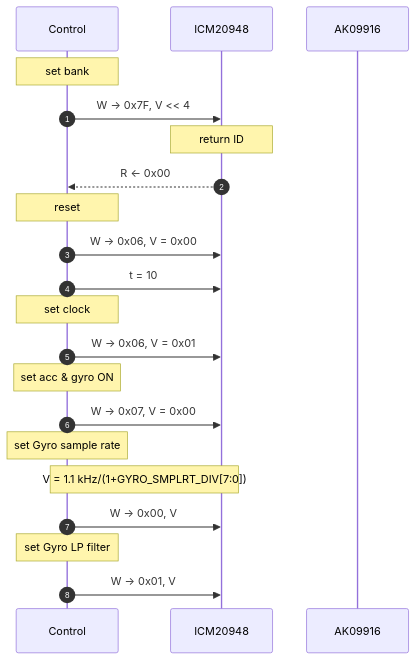
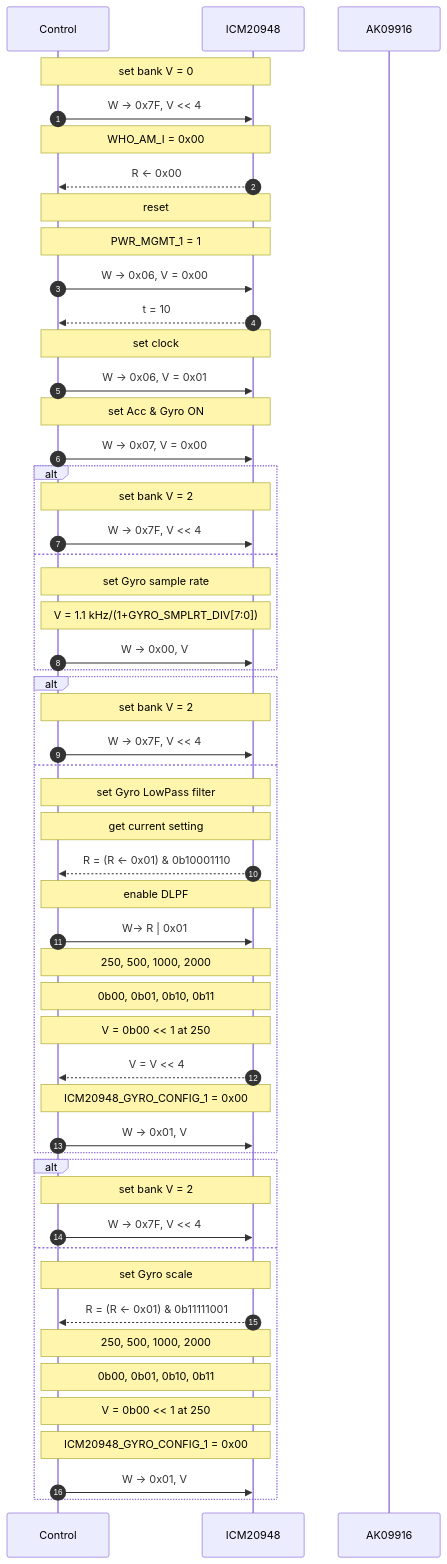
The diagram in _posts/2025-04-06-mdchart.md (hkdickyko/hkdickyko.github.io), drawn with Mermaid before and after one commit.

```diff
--- a/_posts/2025-04-06-mdchart.md
+++ b/_posts/2025-04-06-mdchart.md
@@ -52,23 +52,55 @@
 <div class="mermaid">
 sequenceDiagram;
    autonumber;
    participant C as Control; 
    participant I as ICM20948;
    participant A as AK09916;
-   note over C: set bank;
+   note over C,I: set bank V = 0;
    C->>I: W -> 0x7F, V << 4;
-   note over I: return ID;
+   note over C,I: WHO_AM_I = 0x00;
    I-->>C: R <- 0x00;
-   note over C: reset;
+   note over C,I: reset;
+   note over C,I: PWR_MGMT_1 = 1
    C->>I: W -> 0x06, V = 0x00;
-   C->>I: t = 10;
-   note over C: set clock;
+   I-->>C: t = 10;
+   note over C,I: set clock;
    C->>I: W -> 0x06, V = 0x01;
-   note over C: set acc & gyro ON;
+   note over C, I: set Acc & Gyro ON;
    C->>I: W -> 0x07, V = 0x00;
-   note over C: set Gyro sample rate;
+   alt;
+   note over C,I:set bank V = 2;
+   C->>I: W -> 0x7F, V << 4;   
+   else;
+   note over C, I: set Gyro sample rate   
    note over C, I: V = 1.1 kHz/(1+GYRO_SMPLRT_DIV[7:0]);
    C->>I: W -> 0x00, V;
-   note over C: set Gyro LP filter;
+   end;
+   alt;
+   note over C,I:set bank V = 2;
+   C->>I: W -> 0x7F, V << 4;   
+   else; 
+   note over C,I: set Gyro LowPass filter;
+   note over C,I: get current setting;
+   I-->>C: R = (R <- 0x01) & 0b10001110;
+   note over C,I: enable DLPF;
+   C->>I: W-> R | 0x01;
+   note over C,I: 250,  500, 1000, 2000;
+   note over C,I:0b00, 0b01, 0b10, 0b11;
+   note over C,I:V = 0b00 << 1 at 250;
+   I-->>C: V =  V << 4;
+   note over C,I: ICM20948_GYRO_CONFIG_1 = 0x00;  
    C->>I: W -> 0x01, V;
+   end;
+   alt;
+   note over C,I: set bank V = 2;
+   C->>I: W -> 0x7F, V << 4;
+   else;
+   note over C, I: set Gyro scale;
+   I-->>C: R = (R <- 0x01) & 0b11111001; 
+   note over C,I: 250,  500, 1000, 2000;
+   note over C,I:0b00, 0b01, 0b10, 0b11;
+   note over C,I:V = 0b00 << 1 at 250;
+   note over C,I: ICM20948_GYRO_CONFIG_1 = 0x00;
+   C->>I: W -> 0x01, V;
+   end
 </div>
```
